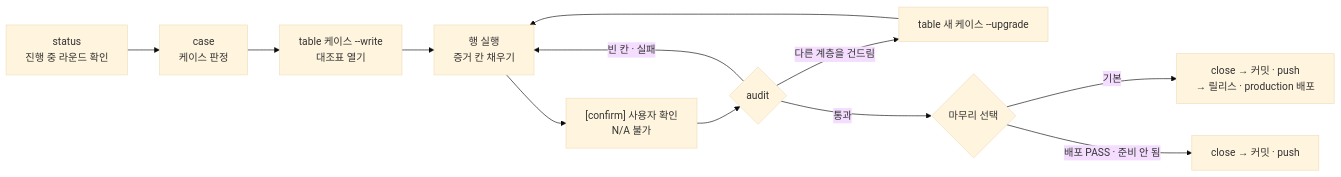
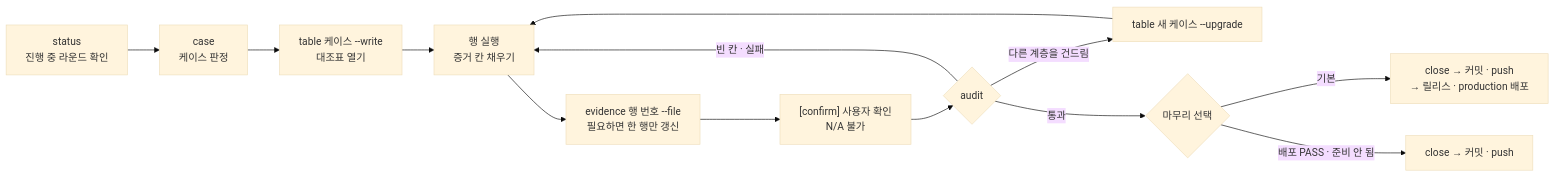
Before and after one commit to roadkwon-ai/pro-kit: the first of 2 diagrams in handbook/concepts/dev-cycle.md, drawn with Mermaid (base theme). The commit also changed 70 other files, not shown here.

````diff
--- a/handbook/concepts/dev-cycle.md
+++ b/handbook/concepts/dev-cycle.md
@@ -9,14 +9,15 @@
 ```mermaid
 flowchart LR
   S["status<br/>진행 중 라운드 확인"] --> C["case<br/>케이스 판정"]
   C --> T["table 케이스 --write<br/>대조표 열기"]
   T --> R["행 실행<br/>증거 칸 채우기"]
-  R --> CF["[confirm] 사용자 확인<br/>N/A 불가"]
+  R --> EV["evidence 행 번호 --file<br/>필요하면 한 행만 갱신"]
+  EV --> CF["[confirm] 사용자 확인<br/>N/A 불가"]
   CF --> A{"audit"}
   A -->|빈 칸 · 실패| R
   A -->|다른 계층을 건드림| U["table 새 케이스 --upgrade"]
   U --> R
   A -->|통과| Q{"마무리 선택"}
   Q -->|기본| RD["close → 커밋 · push<br/>→ 릴리스 · production 배포"]
   Q -->|배포 PASS · 준비 안 됨| CL["close → 커밋 · push"]
 ```
````
